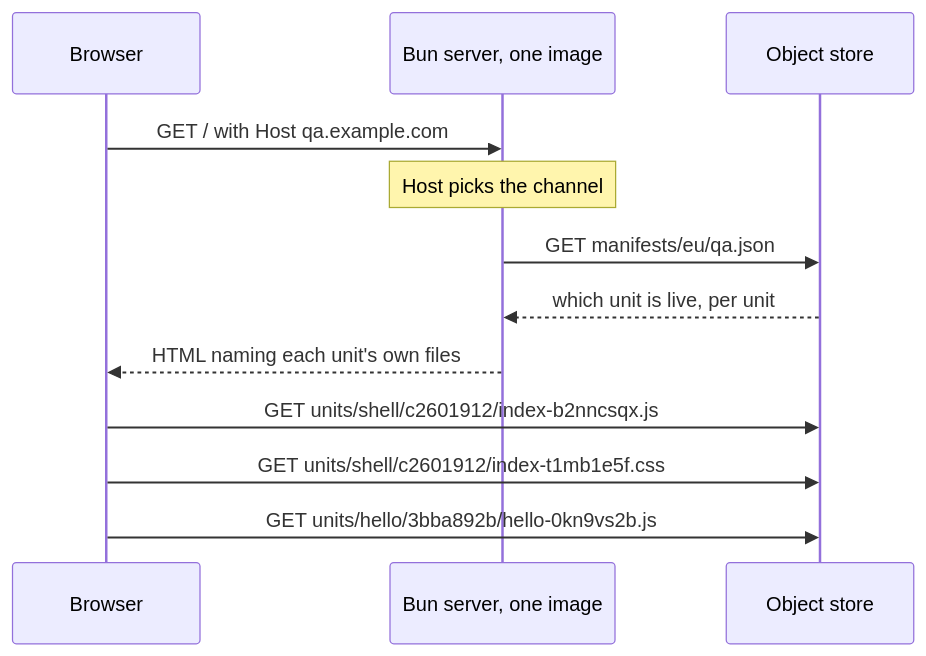
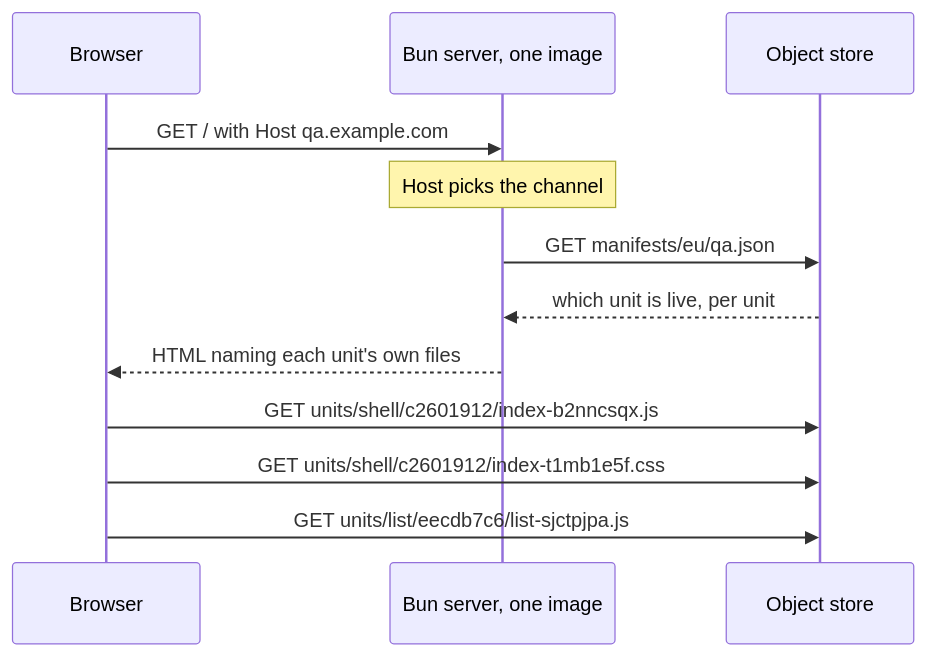
Before and after one commit to AlexJeffcott/pointer-deploy: the diagram in README.md, drawn with Mermaid. The commit also changed other lines of this file and 39 other files, not shown here.

````diff
--- a/README.md
+++ b/README.md
@@ -132,15 +138,15 @@
 ```mermaid
 sequenceDiagram
     participant B as Browser
     participant S as Bun server, one image
     participant T as Object store
 
     B->>S: GET / with Host qa.example.com
     Note over S: Host picks the channel
     S->>T: GET manifests/eu/qa.json
     T-->>S: which unit is live, per unit
     S-->>B: HTML naming each unit's own files
     B->>T: GET units/shell/c2601912/index-b2nncsqx.js
     B->>T: GET units/shell/c2601912/index-t1mb1e5f.css
-    B->>T: GET units/hello/3bba892b/hello-0kn9vs2b.js
+    B->>T: GET units/list/eecdb7c6/list-sjctpjpa.js
 ```
````
